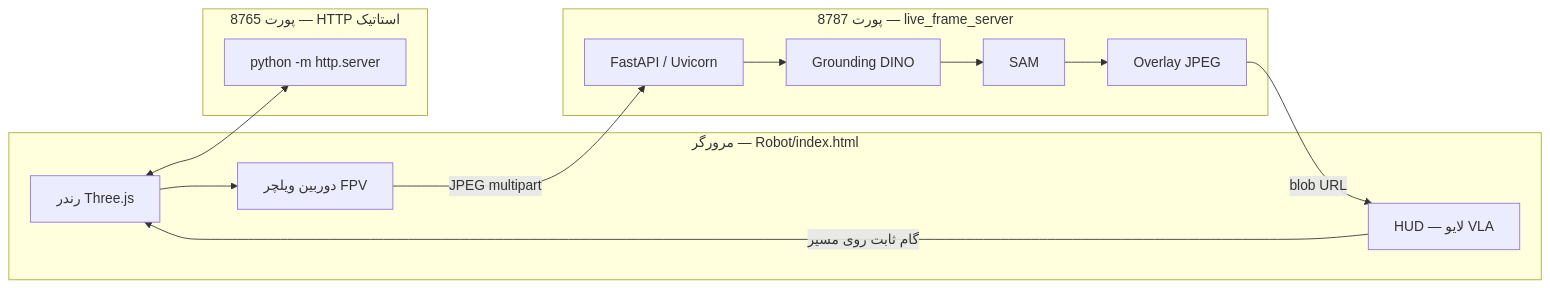
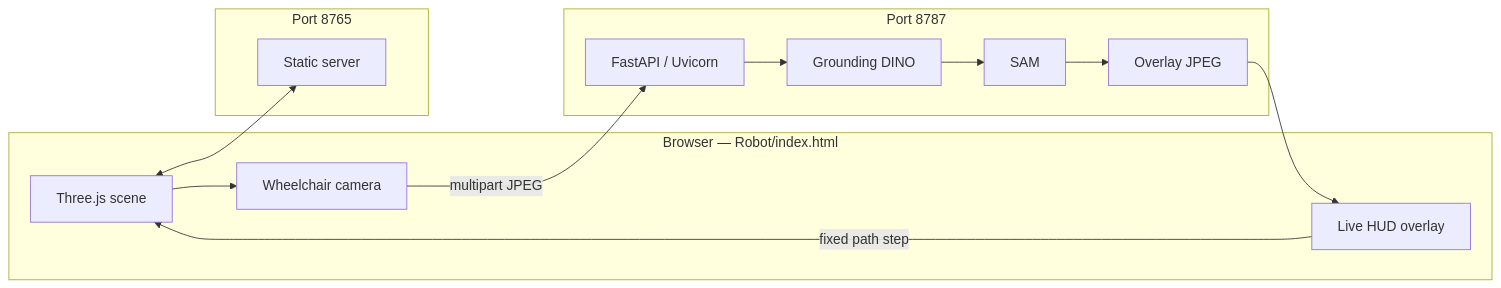
The diagram in README.md (rezabahadori76/Robot-and-VLM), drawn with Mermaid before and after one commit. The commit also changed other lines of this file and 5 other files, not shown here.

````diff
--- a/README.md
+++ b/README.md
@@ -30,23 +27,24 @@
 ```mermaid
 flowchart LR
-  subgraph Browser["مرورگر — Robot/index.html"]
-    W[رندر Three.js]
-    C[دوربین ویلچر FPV]
-    HUD[HUD — لایو VLA]
+  subgraph Browser["Browser — Robot/index.html"]
+    W[Three.js scene]
+    C[Wheelchair camera]
+    HUD[Live HUD overlay]
   end
-  subgraph Static["پورت 8765 — HTTP استاتیک"]
-    S[python -m http.server]
+  subgraph Static["Port 8765"]
+    S[Static server]
   end
-  subgraph API["پورت 8787 — live_frame_server"]
+  subgraph API["Port 8787"]
     F[FastAPI / Uvicorn]
     D[Grounding DINO]
     M[SAM]
     O[Overlay JPEG]
   end
+
   W --> C
-  C -->|JPEG multipart| F
+  C -->|multipart JPEG| F
   F --> D --> M --> O
-  O -->|blob URL| HUD
-  HUD -->|گام ثابت روی مسیر| W
+  O --> HUD
+  HUD -->|fixed path step| W
   W <--> S
 ```
````
